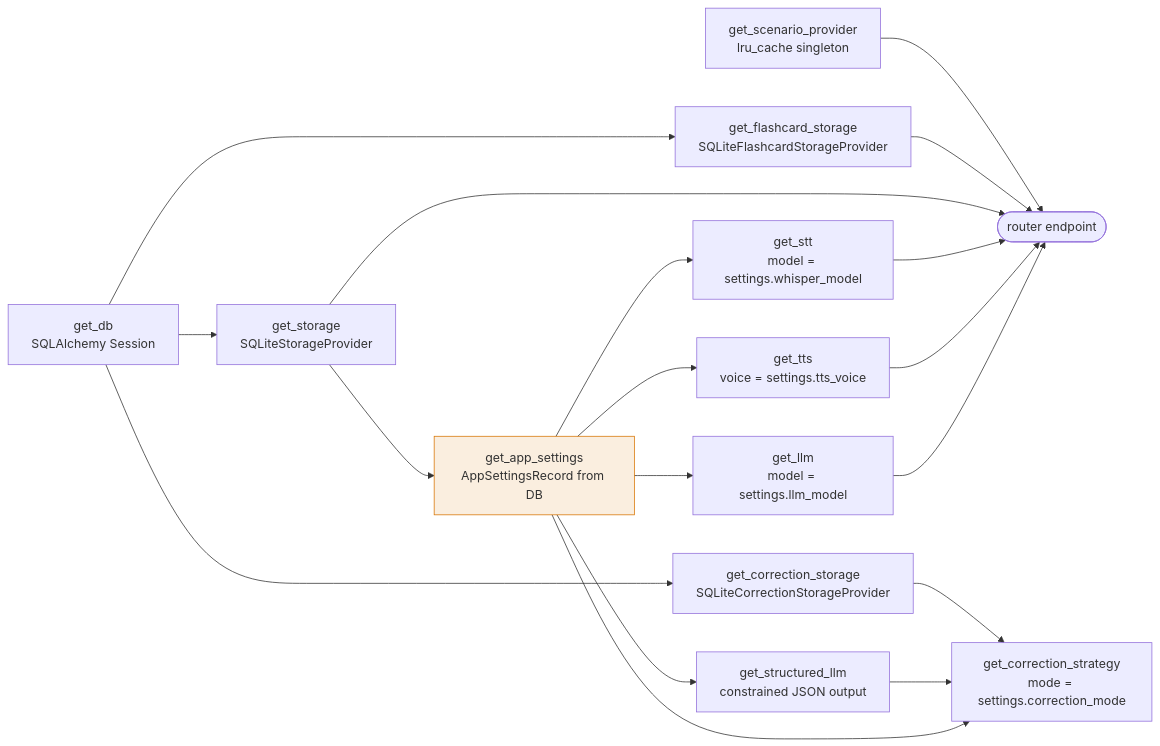
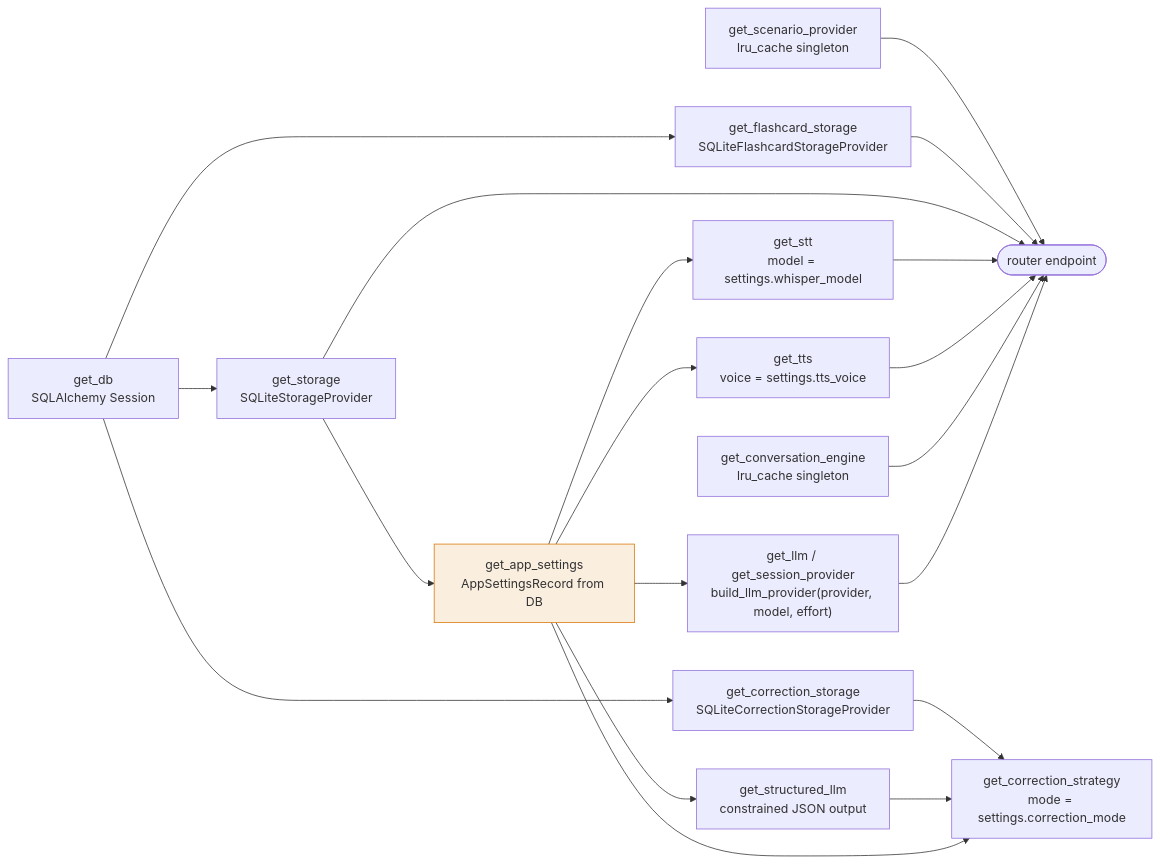
The fourth of 13 diagrams in docs/architecture.md (Scott123180/open-language), drawn with Mermaid before and after one commit. The commit also changed other lines of this file and 118 other files, not shown here.

Commit message:
feat(llm): add provider selection with Claude and conversation sessions

````diff
--- a/docs/architecture.md
+++ b/docs/architecture.md
@@ -261,24 +295,26 @@
 ```mermaid
 flowchart LR
     DB["get_db<br/>SQLAlchemy Session"] --> ST["get_storage<br/>SQLiteStorageProvider"]
     DB --> FST["get_flashcard_storage<br/>SQLiteFlashcardStorageProvider"]
     DB --> CST["get_correction_storage<br/>SQLiteCorrectionStorageProvider"]
     ST --> AS["get_app_settings<br/>AppSettingsRecord from DB"]
-    AS --> LLM["get_llm<br/>model = settings.llm_model"]
+    AS --> LLM["get_llm / get_session_provider<br/>build_llm_provider(provider, model, effort)"]
     AS --> TTS["get_tts<br/>voice = settings.tts_voice"]
     AS --> STT["get_stt<br/>model = settings.whisper_model"]
     AS --> SLLM["get_structured_llm<br/>constrained JSON output"]
     AS --> CS["get_correction_strategy<br/>mode = settings.correction_mode"]
     SLLM --> CS
     CST --> CS
     SC["get_scenario_provider<br/>lru_cache singleton"]
 
+    ENG["get_conversation_engine<br/>lru_cache singleton"]
     LLM --> EP(["router endpoint"])
+    ENG --> EP
     TTS --> EP
     STT --> EP
     ST --> EP
     FST --> EP
     SC --> EP
 
     style AS fill:#d9770620,stroke:#d97706
 ```
````
